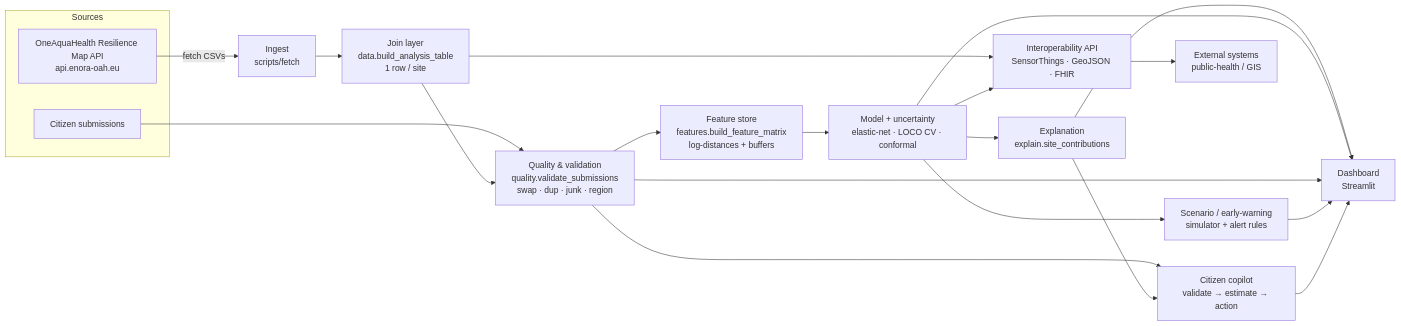
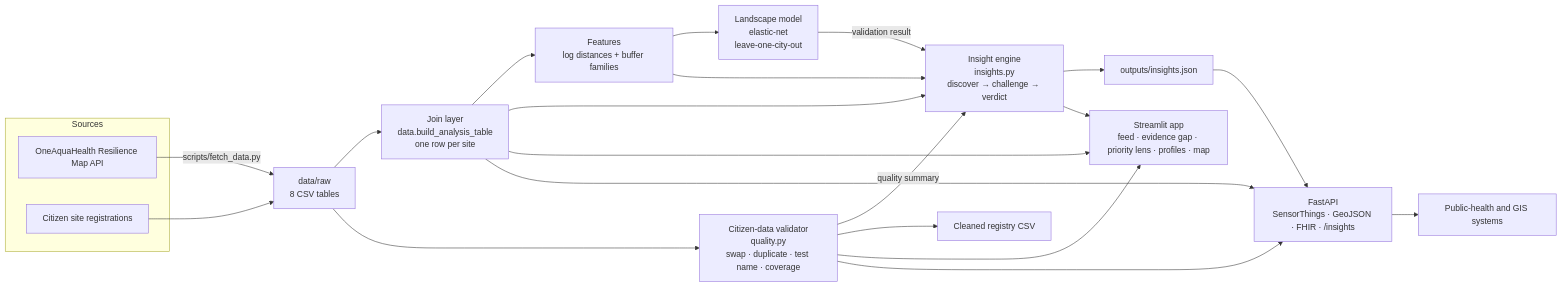
One commit to thseR5/aquasentinel changed the diagram in docs/architecture.md. Above: the diagram before and after it, drawn with Mermaid. The commit also changed other lines of this file and 48 other files, not shown here.

First line of the commit message:
Evidence-first rework: supported verdicts, evidence gap, ARG headline

````diff
--- a/docs/architecture.md
+++ b/docs/architecture.md
@@ -3,30 +3,29 @@
 ```mermaid
 flowchart LR
     subgraph Sources
-        A[OneAquaHealth Resilience Map API<br/>api.enora-oah.eu] 
-        U[Citizen submissions]
+        A[OneAquaHealth Resilience Map API]
+        U[Citizen site registrations]
     end
 
-    A -->|fetch CSVs| I[Ingest<br/>scripts/fetch]
-    U --> V
+    A -->|scripts/fetch_data.py| R[data/raw<br/>8 CSV tables]
+    U --> R
+    R --> J[Join layer<br/>data.build_analysis_table<br/>one row per site]
+    R --> V[Citizen-data validator<br/>quality.py<br/>swap · duplicate · test name · coverage]
+    J --> F[Features<br/>log distances + buffer families]
+    F --> M[Landscape model<br/>elastic-net<br/>leave-one-city-out]
+    J --> E[Insight engine<br/>insights.py<br/>discover → challenge → verdict]
+    F --> E
+    M -->|validation result| E
+    V -->|quality summary| E
 
-    I --> J[Join layer<br/>data.build_analysis_table<br/>1 row / site]
-    J --> V[Quality & validation<br/>quality.validate_submissions<br/>swap · dup · junk · region]
-    V --> F[Feature store<br/>features.build_feature_matrix<br/>log-distances + buffers]
-    F --> M[Model + uncertainty<br/>elastic-net · LOCO CV · conformal]
-    M --> E[Explanation<br/>explain.site_contributions]
+    E --> O[outputs/insights.json]
+    V --> C[Cleaned registry CSV]
 
-    J --> API[Interoperability API<br/>SensorThings · GeoJSON · FHIR]
-    M --> API
-
-    E --> D[Dashboard<br/>Streamlit]
-    M --> D
-    V --> D
-    M --> S[Scenario / early-warning<br/>simulator + alert rules]
-    S --> D
-    V --> C[Citizen copilot<br/>validate → estimate → action]
-    E --> C
-    C --> D
-
-    API --> EXT[External systems<br/>public-health / GIS]
+    E --> APP[Streamlit app<br/>feed · evidence gap · priority lens · profiles · map]
+    V --> APP
+    J --> APP
+    O --> API[FastAPI<br/>SensorThings · GeoJSON · FHIR · /insights]
+    J --> API
+    V --> API
+    API --> EXT[Public-health and GIS systems]
 ```
````
